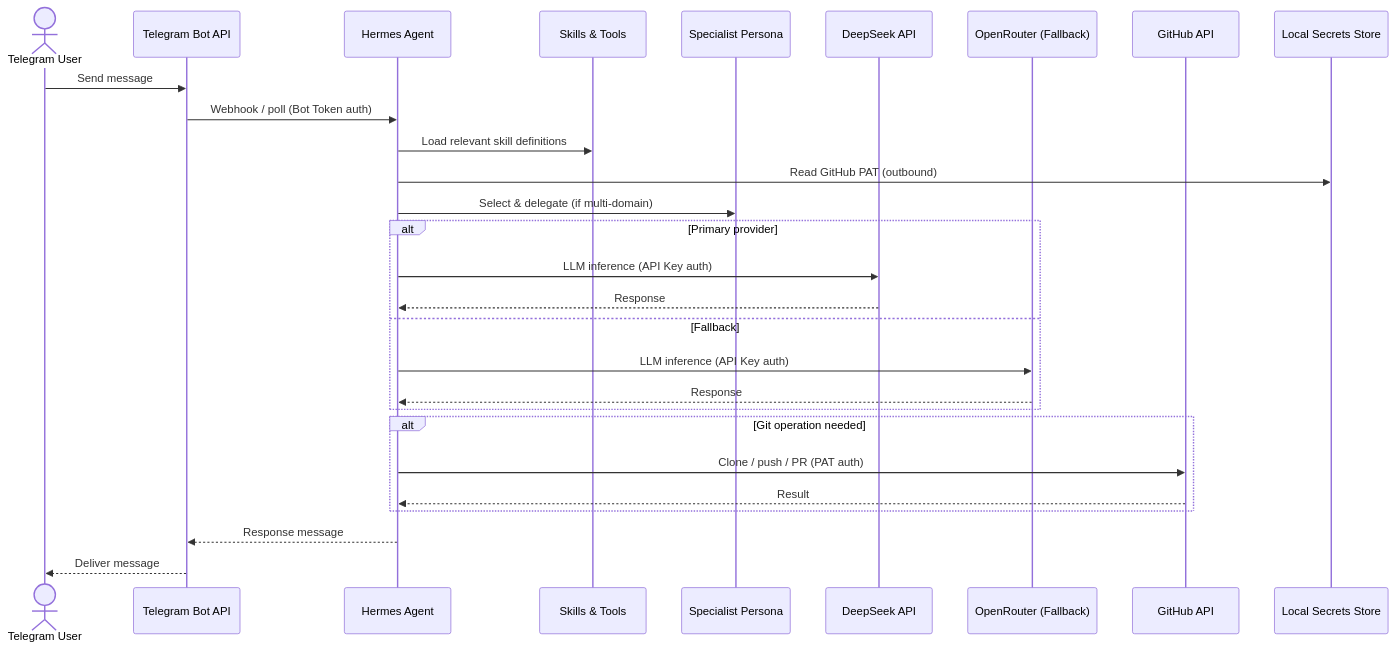
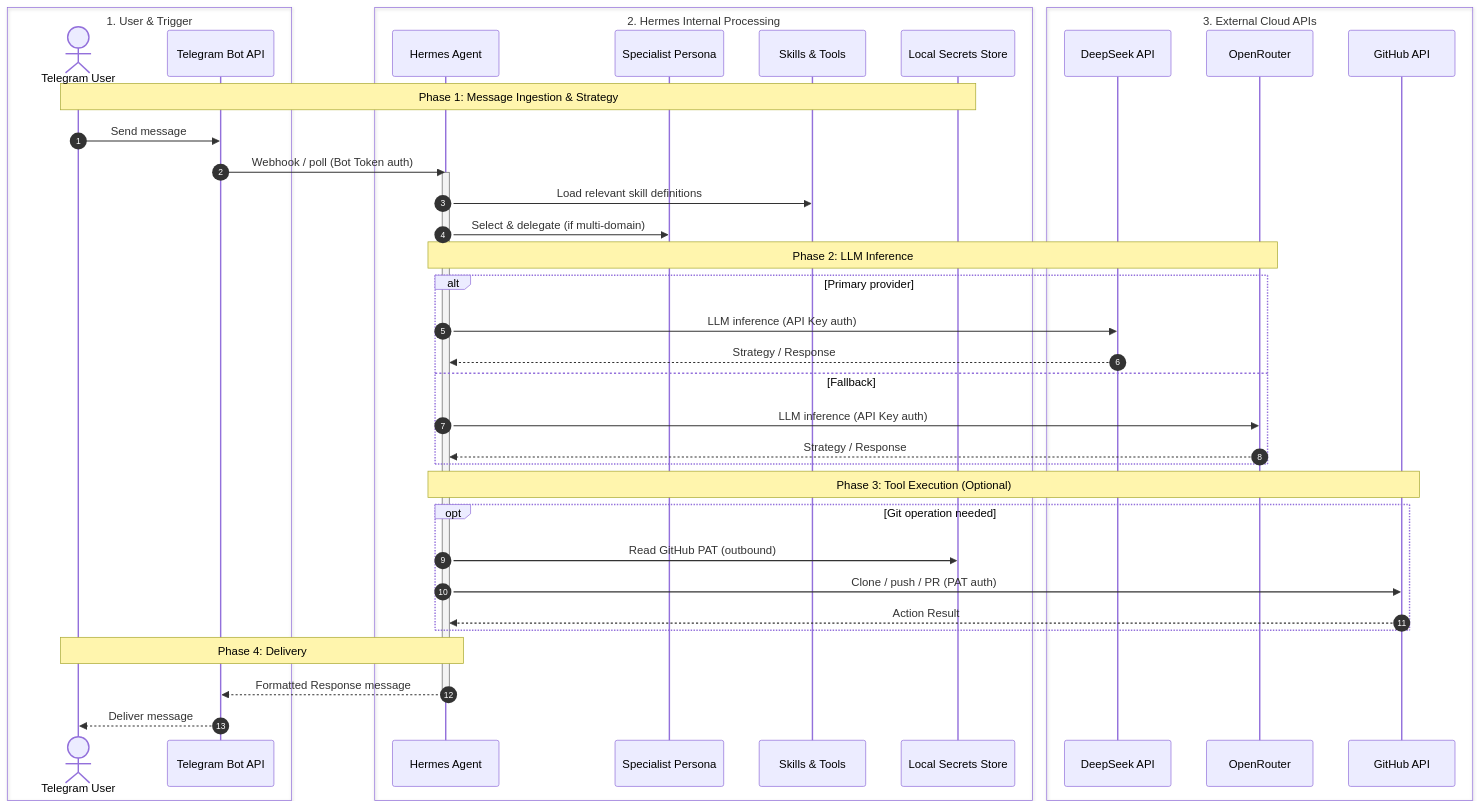
Before and after one commit to jpedroalencar/agent-env-selfhosted: the second of 3 diagrams in diagrams/current-architecture.md, drawn with Mermaid. The commit also changed other lines of this file, not shown here.

Commit message:
Refactor architecture and flow diagrams

````diff
--- a/diagrams/current-architecture.md
+++ b/diagrams/current-architecture.md
@@ -71,34 +56,59 @@
 ```mermaid
 sequenceDiagram
-    actor User as Telegram User
-    participant Telegram as Telegram Bot API
-    participant Hermes as Hermes Agent
-    participant Skills as Skills & Tools
-    participant Persona as Specialist Persona
-    participant DeepSeek as DeepSeek API
-    participant OpenRouter as OpenRouter (Fallback)
-    participant GitHub as GitHub API
-    participant Secrets as Local Secrets Store
+    autonumber
 
+    %% Grouping components into visual boxes
+    box transparent 1. User & Trigger
+        actor User as Telegram User
+        participant Telegram as Telegram Bot API
+    end
+
+    box transparent 2. Hermes Internal Processing
+        participant Hermes as Hermes Agent
+        participant Persona as Specialist Persona
+        participant Skills as Skills & Tools
+        participant Secrets as Local Secrets Store
+    end
+
+    box transparent 3. External Cloud APIs
+        participant DeepSeek as DeepSeek API
+        participant OpenRouter as OpenRouter
+        participant GitHub as GitHub API
+    end
+
+    %% Phase 1: Ingestion & Setup
+    Note over User,Secrets: Phase 1: Message Ingestion & Strategy
     User->>Telegram: Send message
     Telegram->>Hermes: Webhook / poll (Bot Token auth)
+    
+    activate Hermes
     Hermes->>Skills: Load relevant skill definitions
-    Hermes->>Secrets: Read GitHub PAT (outbound)
     Hermes->>Persona: Select & delegate (if multi-domain)
 
+    %% Phase 2: AI Inference
+    Note over Hermes,OpenRouter: Phase 2: LLM Inference
+    
     alt Primary provider
         Hermes->>DeepSeek: LLM inference (API Key auth)
-        DeepSeek-->>Hermes: Response
+        DeepSeek-->>Hermes: Strategy / Response
     else Fallback
         Hermes->>OpenRouter: LLM inference (API Key auth)
-        OpenRouter-->>Hermes: Response
+        OpenRouter-->>Hermes: Strategy / Response
     end
 
-    alt Git operation needed
+    %% Phase 3: Tool Execution
+    Note over Hermes,GitHub: Phase 3: Tool Execution (Optional)
+    
+    opt Git operation needed
+        Hermes->>Secrets: Read GitHub PAT (outbound)
         Hermes->>GitHub: Clone / push / PR (PAT auth)
-        GitHub-->>Hermes: Result
+        GitHub-->>Hermes: Action Result
     end
 
-    Hermes-->>Telegram: Response message
+    %% Phase 4: Delivery
+    Note over User,Hermes: Phase 4: Delivery
+    Hermes-->>Telegram: Formatted Response message
+    deactivate Hermes
+    
     Telegram-->>User: Deliver message
 ```
````
